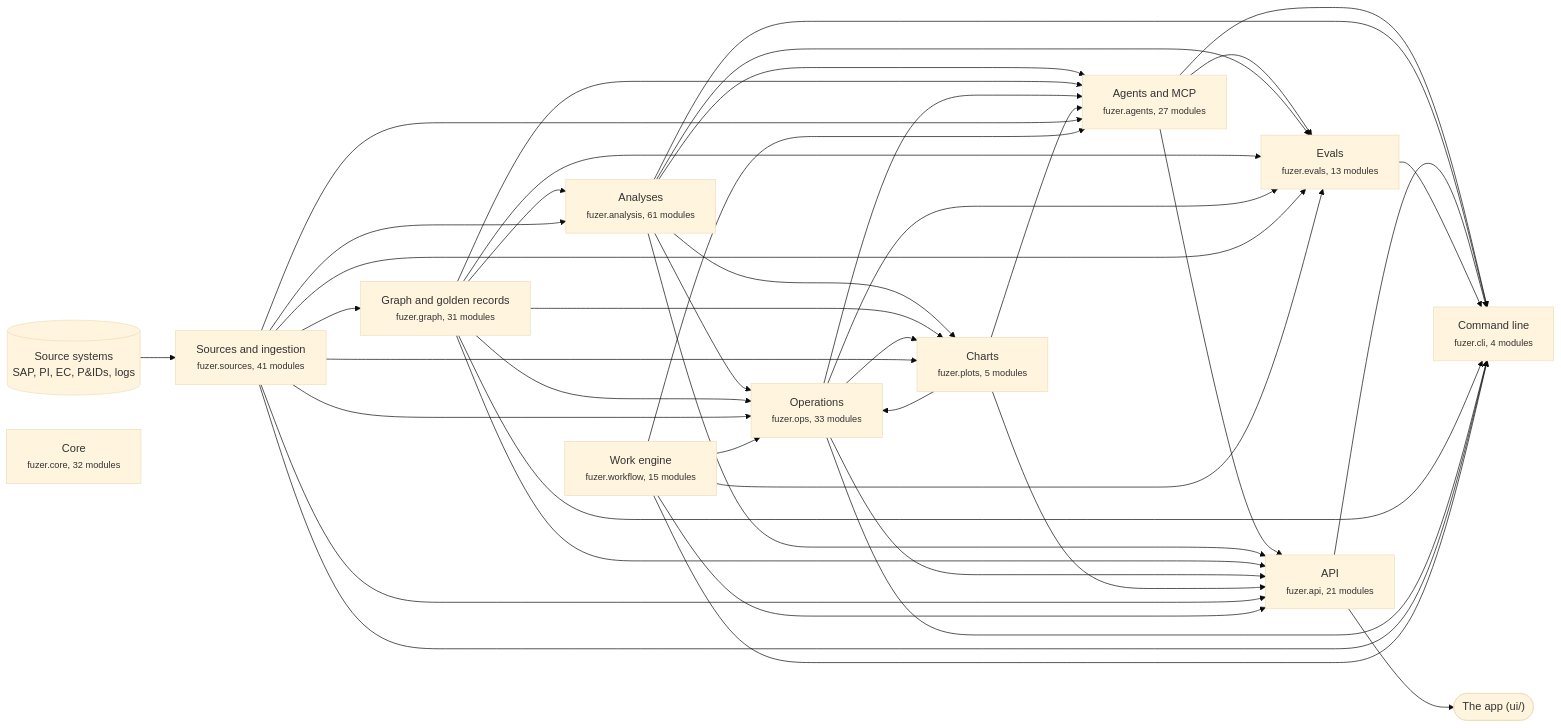
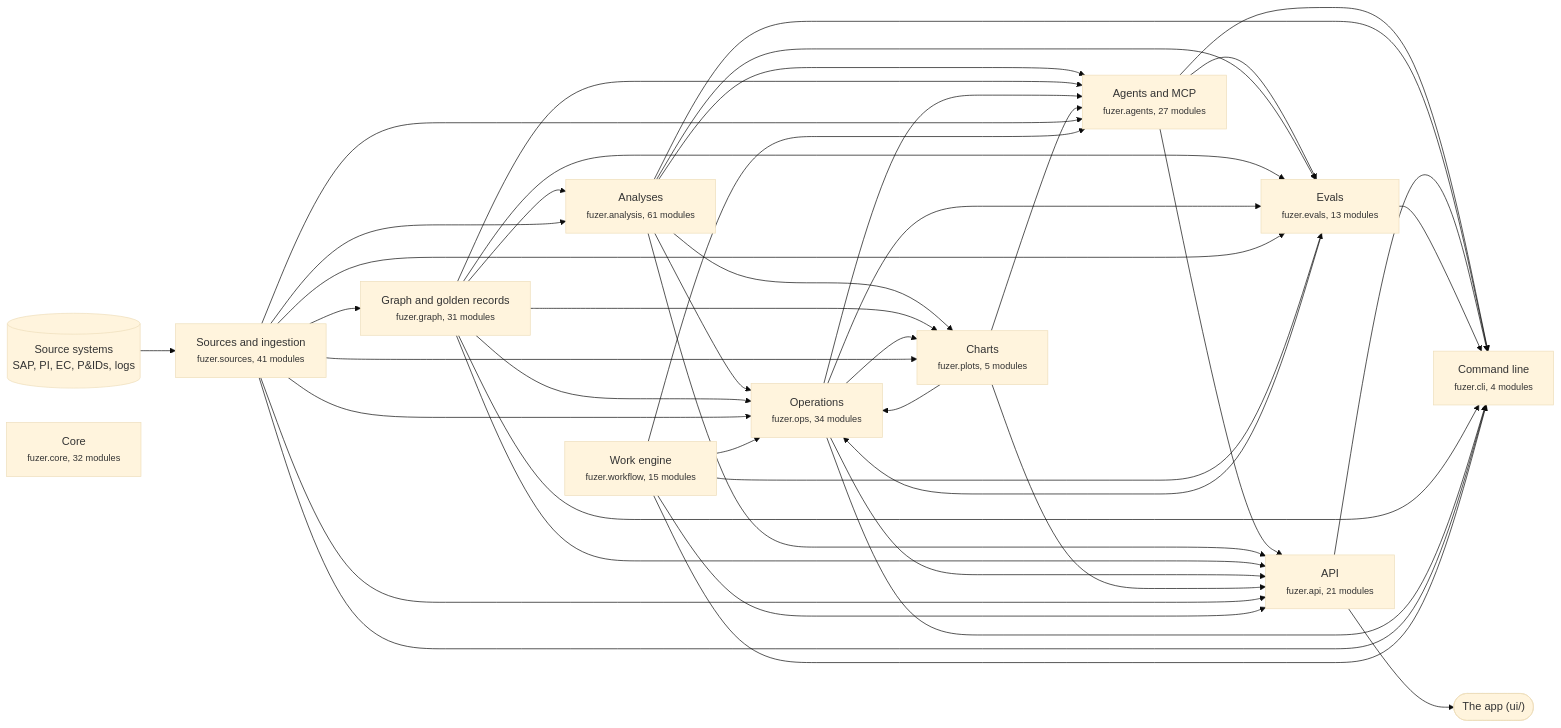
One commit to areed145/fuzer changed the first of 3 diagrams in docs/architecture.md. Above: the diagram before and after it, drawn with Mermaid (base theme). The commit also changed other lines of this file and 12 other files, not shown here.

````diff
--- a/docs/architecture.md
+++ b/docs/architecture.md
@@ -8,67 +8,68 @@
 ```mermaid
 flowchart LR
   systems[("Source systems<br>SAP, PI, EC, P&IDs, logs")] --> c_sources
   app(["The app (ui/)"])
   c_api --> app
   c_sources["Sources and ingestion<br><small>fuzer.sources, 41 modules</small>"]
   c_graph["Graph and golden records<br><small>fuzer.graph, 31 modules</small>"]
   c_analysis["Analyses<br><small>fuzer.analysis, 61 modules</small>"]
-  c_ops["Operations<br><small>fuzer.ops, 33 modules</small>"]
+  c_ops["Operations<br><small>fuzer.ops, 34 modules</small>"]
   c_plots["Charts<br><small>fuzer.plots, 5 modules</small>"]
   c_workflow["Work engine<br><small>fuzer.workflow, 15 modules</small>"]
   c_agents["Agents and MCP<br><small>fuzer.agents, 27 modules</small>"]
   c_evals["Evals<br><small>fuzer.evals, 13 modules</small>"]
   c_api["API<br><small>fuzer.api, 21 modules</small>"]
   c_cli["Command line<br><small>fuzer.cli, 4 modules</small>"]
   c_core["Core<br><small>fuzer.core, 32 modules</small>"]
   c_sources --> c_graph
   c_graph --> c_analysis
   c_sources --> c_analysis
   c_analysis --> c_ops
+  c_evals --> c_ops
   c_graph --> c_ops
   c_plots --> c_ops
   c_sources --> c_ops
   c_workflow --> c_ops
   c_analysis --> c_plots
   c_graph --> c_plots
   c_ops --> c_plots
   c_sources --> c_plots
   c_analysis --> c_agents
   c_graph --> c_agents
   c_ops --> c_agents
   c_plots --> c_agents
   c_sources --> c_agents
   c_workflow --> c_agents
   c_agents --> c_evals
   c_analysis --> c_evals
   c_graph --> c_evals
   c_ops --> c_evals
   c_sources --> c_evals
   c_workflow --> c_evals
   c_agents --> c_api
   c_analysis --> c_api
   c_graph --> c_api
   c_ops --> c_api
   c_plots --> c_api
   c_sources --> c_api
   c_workflow --> c_api
   c_agents --> c_cli
   c_analysis --> c_cli
   c_api --> c_cli
   c_evals --> c_cli
   c_graph --> c_cli
   c_ops --> c_cli
   c_sources --> c_cli
   c_workflow --> c_cli
   click c_sources "https://github.com/areed145/fuzer/tree/main/src/fuzer/sources"
   click c_graph "https://github.com/areed145/fuzer/tree/main/src/fuzer/graph"
   click c_analysis "https://github.com/areed145/fuzer/tree/main/src/fuzer/analysis"
   click c_ops "https://github.com/areed145/fuzer/tree/main/src/fuzer/ops"
   click c_plots "https://github.com/areed145/fuzer/tree/main/src/fuzer/plots"
   click c_workflow "https://github.com/areed145/fuzer/tree/main/src/fuzer/workflow"
   click c_agents "https://github.com/areed145/fuzer/tree/main/src/fuzer/agents"
   click c_evals "https://github.com/areed145/fuzer/tree/main/src/fuzer/evals"
   click c_api "https://github.com/areed145/fuzer/tree/main/src/fuzer/api"
   click c_cli "https://github.com/areed145/fuzer/tree/main/src/fuzer/cli"
   click c_core "https://github.com/areed145/fuzer/tree/main/src/fuzer/core"
 ```
````
